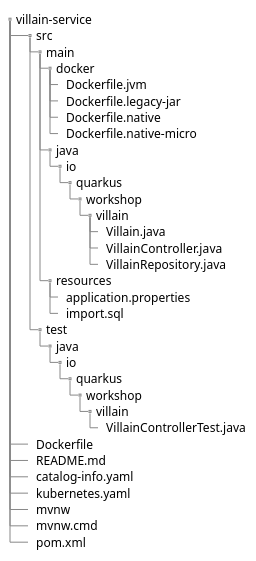
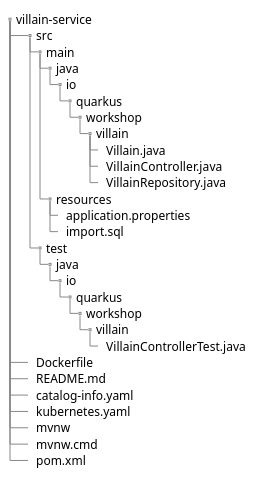
The diagram in docs/docs/diagrams/villain-directory-structure.puml (cescoffier/quarkus-openshift-workshop), drawn with PlantUML before and after one commit. The commit also changed 22 other files, not shown here.

```diff
--- a/docs/docs/diagrams/villain-directory-structure.puml
+++ b/docs/docs/diagrams/villain-directory-structure.puml
@@ -1,40 +1,35 @@
 @startsalt
 {
 {
 T
 villain-service
 ++  src
 +++  main
-++++  docker
-+++++  Dockerfile.jvm
-+++++  Dockerfile.legacy-jar
-+++++  Dockerfile.native
-+++++  Dockerfile.native-micro
 ++++  java
 +++++  io
 ++++++  quarkus
 +++++++  workshop
 ++++++++  villain
 +++++++++  Villain.java
 +++++++++  VillainController.java
 +++++++++  VillainRepository.java
 ++++  resources
 +++++  application.properties
 +++++  import.sql
 +++  test
 ++++  java
 +++++  io
 ++++++  quarkus
 +++++++  workshop
 ++++++++  villain
 +++++++++  VillainControllerTest.java
 ++ Dockerfile
 ++ README.md
 ++ catalog-info.yaml
 ++ kubernetes.yaml
 ++ mvnw
 ++ mvnw.cmd
 ++ pom.xml
 }
 }
 @endsalt
```
